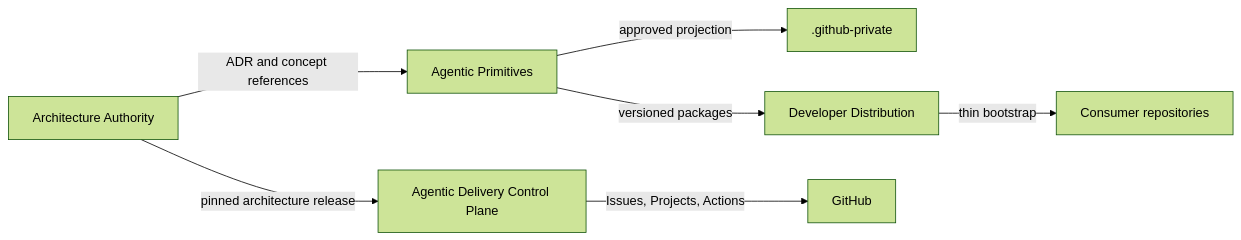
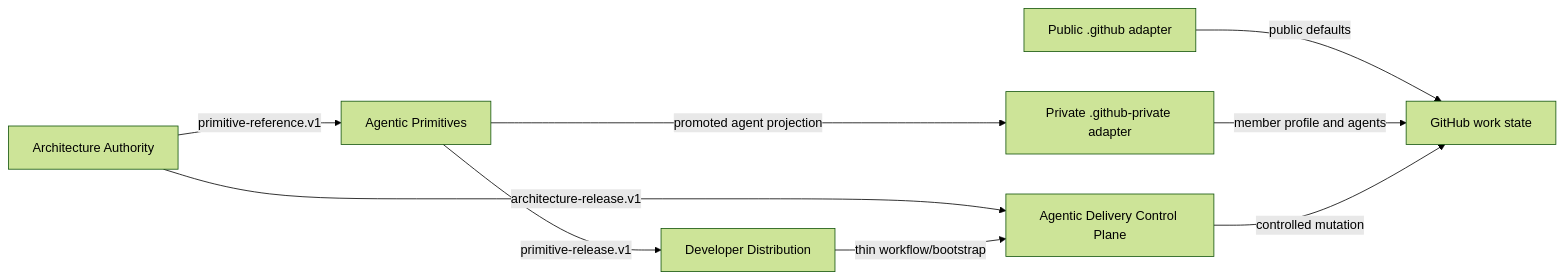
One commit to agentic-delivery-lab/agentic-delivery-architecture changed the diagram in architecture/diagrams/mermaid/context-map.mmd. Above: the diagram before and after it, drawn with Mermaid (forest theme). The commit also changed 8 other files, not shown here.

Commit message:
feat(architecture): 🗺️ establish model-first diagram sources

```diff
--- a/architecture/diagrams/mermaid/context-map.mmd
+++ b/architecture/diagrams/mermaid/context-map.mmd
@@ -1,7 +1,17 @@
 flowchart LR
-  A[Architecture Authority] -->|pinned architecture release| C[Agentic Delivery Control Plane]
-  A -->|ADR and concept references| P[Agentic Primitives]
-  P -->|approved projection| PR[.github-private]
-  P -->|versioned packages| D[Developer Distribution]
-  D -->|thin bootstrap| R[Consumer repositories]
-  C -->|Issues, Projects, Actions| G[GitHub]
+  architecture[Architecture Authority]
+  control[Agentic Delivery Control Plane]
+  primitives[Agentic Primitives]
+  distribution[Developer Distribution]
+  public[Public .github adapter]
+  private[Private .github-private adapter]
+  github[GitHub work state]
+
+  architecture -->|architecture-release.v1| control
+  architecture -->|primitive-reference.v1| primitives
+  primitives -->|promoted agent projection| private
+  primitives -->|primitive-release.v1| distribution
+  distribution -->|thin workflow/bootstrap| control
+  public -->|public defaults| github
+  private -->|member profile and agents| github
+  control -->|controlled mutation| github
```
